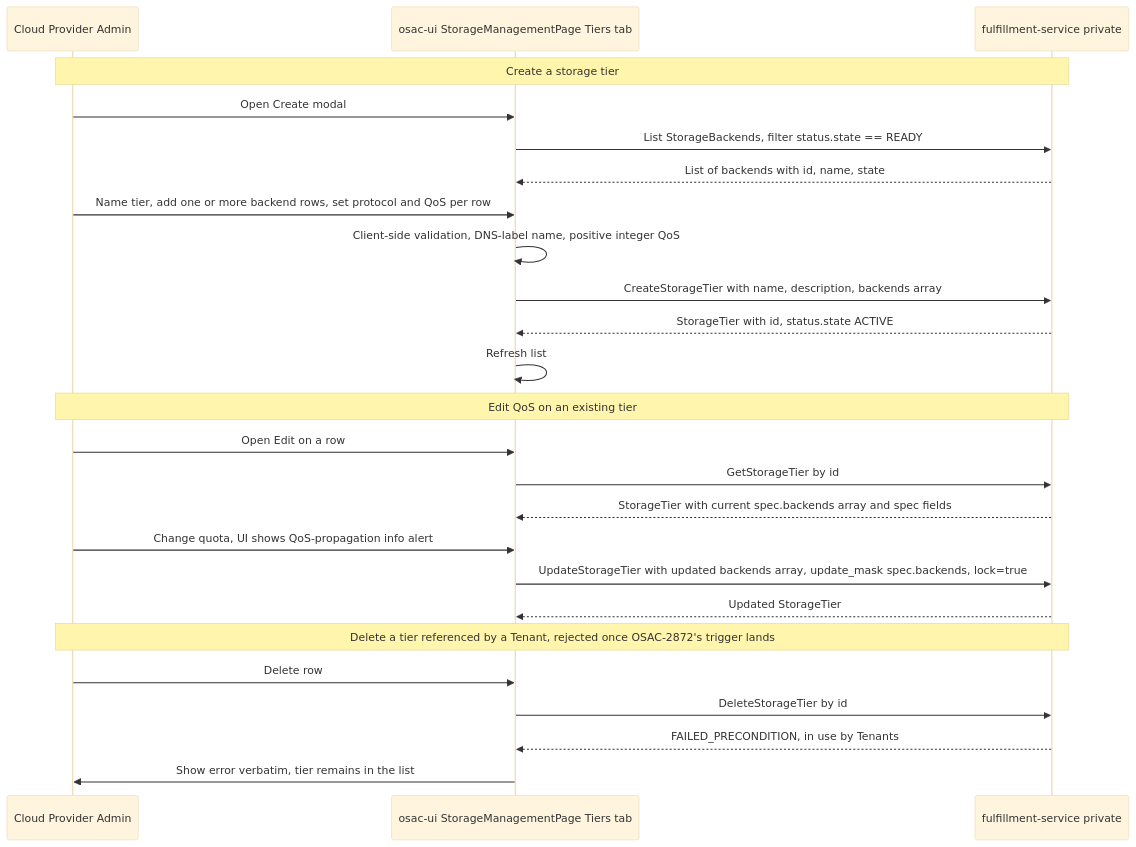
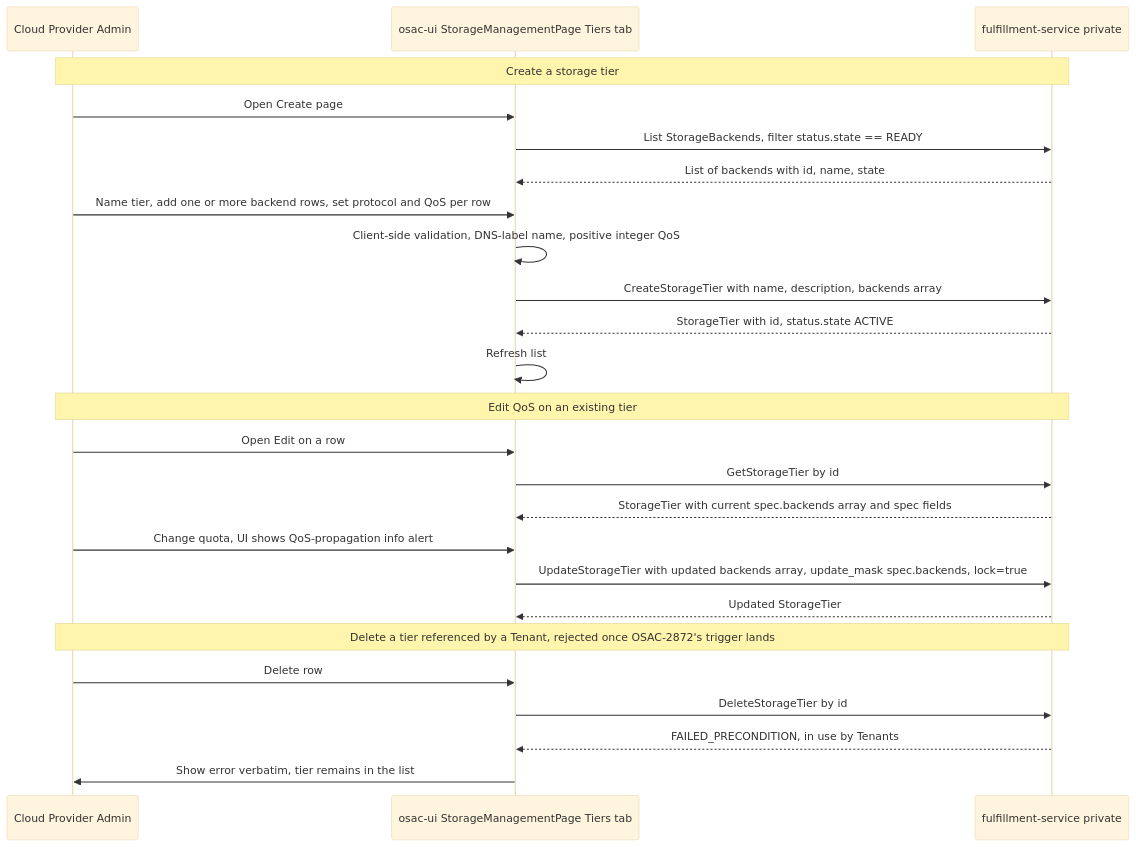
Before and after one commit to osac-project/enhancement-proposals: the second of 2 diagrams in enhancements/OSAC-1110-storage-tier/ui-design.md, drawn with Mermaid (base theme). The commit also changed other lines of this file, not shown here.

First line of the commit message:
OSAC-1110: fix nav/route-gating, modal-vs-page, and backend-lookup per review

````diff
--- a/enhancements/OSAC-1110-storage-tier/ui-design.md
+++ b/enhancements/OSAC-1110-storage-tier/ui-design.md
@@ -106,30 +107,30 @@
 ```mermaid
 sequenceDiagram
     participant Admin as Cloud Provider Admin
     participant UI as osac-ui StorageManagementPage Tiers tab
     participant FS as fulfillment-service private
 
     Note over Admin,FS: Create a storage tier
-    Admin->>UI: Open Create modal
+    Admin->>UI: Open Create page
     UI->>FS: List StorageBackends, filter status.state == READY
     FS-->>UI: List of backends with id, name, state
     Admin->>UI: Name tier, add one or more backend rows, set protocol and QoS per row
     UI->>UI: Client-side validation, DNS-label name, positive integer QoS
     UI->>FS: CreateStorageTier with name, description, backends array
     FS-->>UI: StorageTier with id, status.state ACTIVE
     UI->>UI: Refresh list
 
     Note over Admin,FS: Edit QoS on an existing tier
     Admin->>UI: Open Edit on a row
     UI->>FS: GetStorageTier by id
     FS-->>UI: StorageTier with current spec.backends array and spec fields
     Admin->>UI: Change quota, UI shows QoS-propagation info alert
     UI->>FS: UpdateStorageTier with updated backends array, update_mask spec.backends, lock=true
     FS-->>UI: Updated StorageTier
 
     Note over Admin,FS: Delete a tier referenced by a Tenant, rejected once OSAC-2872's trigger lands
     Admin->>UI: Delete row
     UI->>FS: DeleteStorageTier by id
     FS-->>UI: FAILED_PRECONDITION, in use by Tenants
     UI->>Admin: Show error verbatim, tier remains in the list
 ```
````
